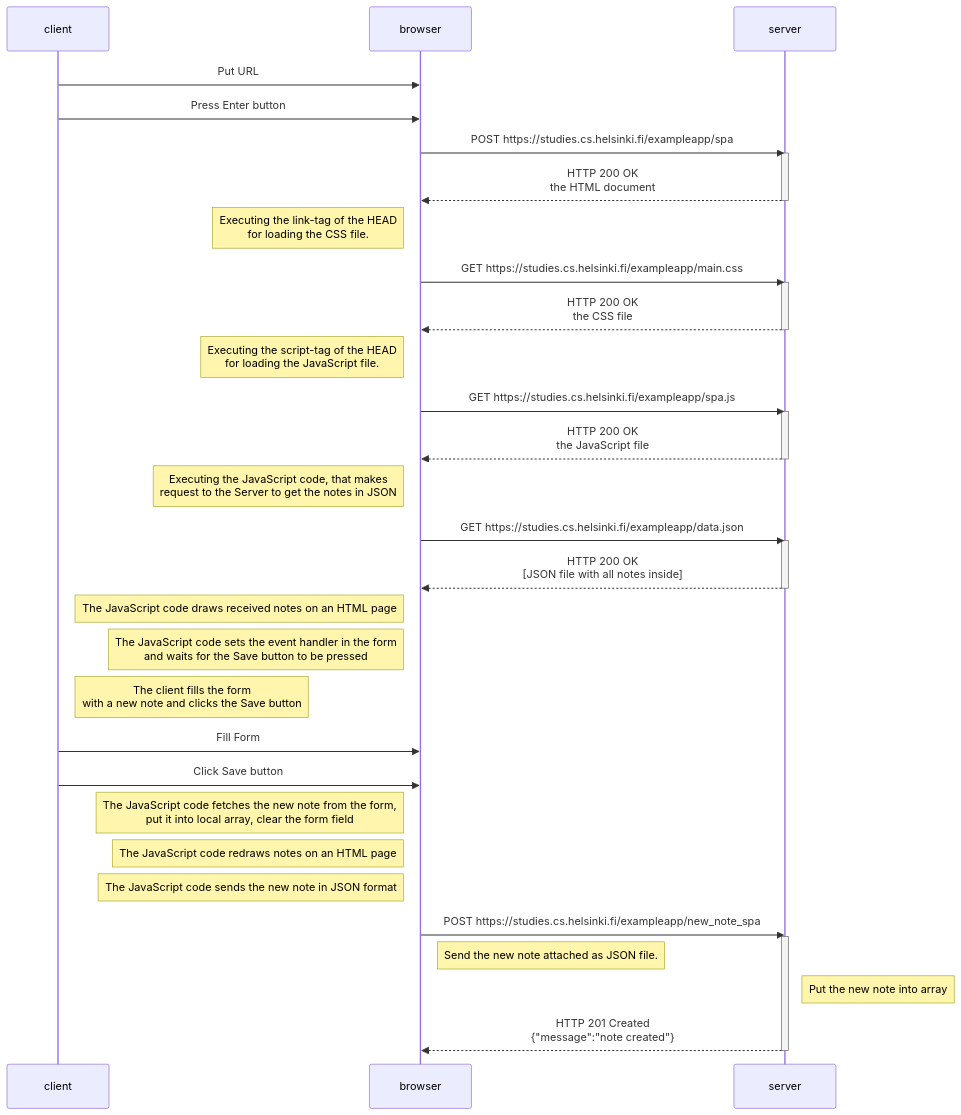
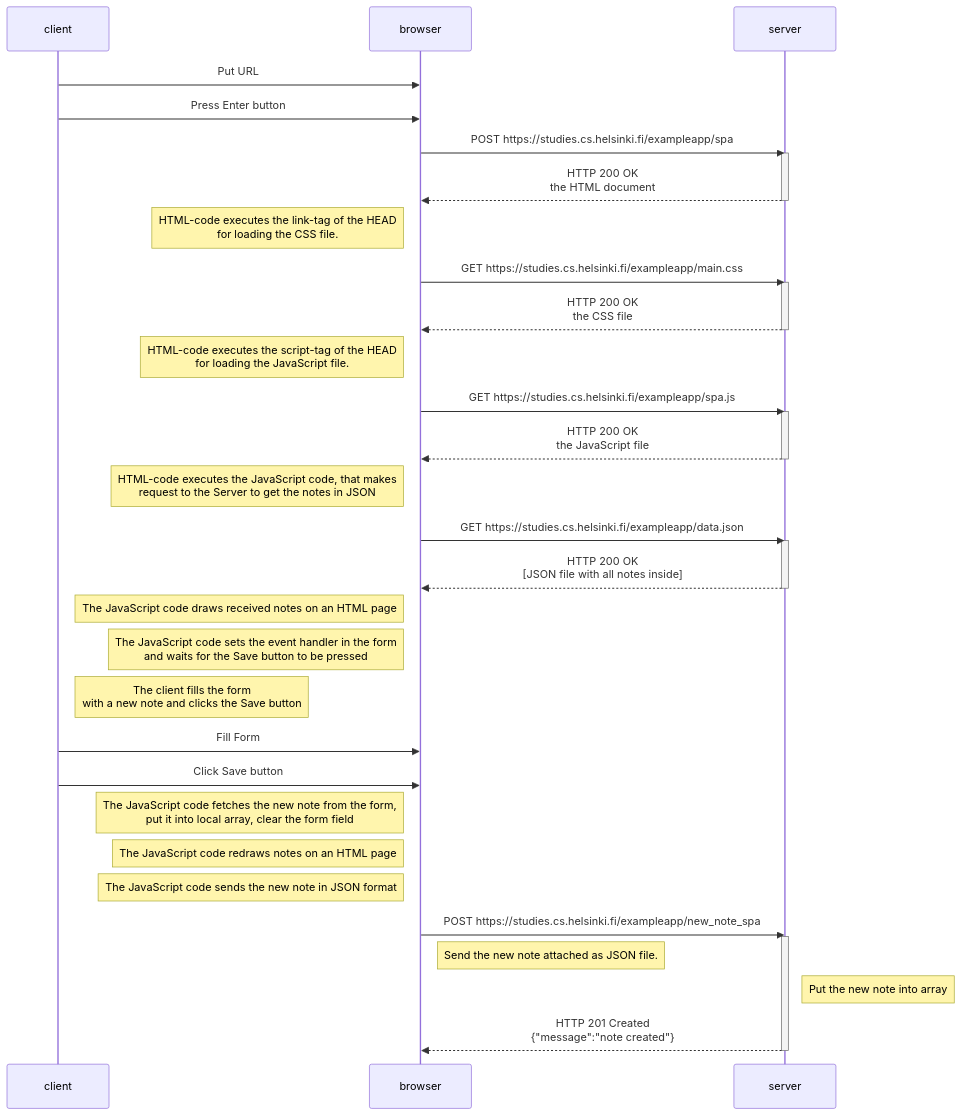
Before and after one commit to VadimZubchenko/fullstack-open-tehtavat: the diagram in osa0/Single_Page_App/README.md, drawn with Mermaid.

````diff
--- a/osa0/Single_Page_App/README.md
+++ b/osa0/Single_Page_App/README.md
@@ -1,48 +1,48 @@
 ```mermaid
 sequenceDiagram
     participant client
     participant browser
     participant server
     
     client->>browser: Put URL 
     client->>browser: Press Enter button
     browser->>server: POST https://studies.cs.helsinki.fi/exampleapp/spa
     activate server
     server-->>browser: HTTP 200 OK<br/>the HTML document
     deactivate server
 
-    Note left of browser: Executing the link-tag of the HEAD<br/>for loading the CSS file.
+    Note left of browser: HTML-code executes the link-tag of the HEAD<br/>for loading the CSS file.
     browser->>server: GET https://studies.cs.helsinki.fi/exampleapp/main.css
     activate server
     server-->>browser: HTTP 200 OK<br/>the CSS file
     deactivate server
 
-    Note left of browser: Executing the script-tag of the HEAD<br/>for loading the JavaScript file.
+    Note left of browser: HTML-code executes the script-tag of the HEAD<br/>for loading the JavaScript file.
     browser->>server: GET https://studies.cs.helsinki.fi/exampleapp/spa.js
     activate server
     server-->>browser: HTTP 200 OK<br/>the JavaScript file
     deactivate server
 
-    Note left of browser: Executing the JavaScript code, that makes<br/>request to the Server to get the notes in JSON 
+    Note left of browser: HTML-code executes the JavaScript code, that makes<br/>request to the Server to get the notes in JSON 
     browser->>server: GET https://studies.cs.helsinki.fi/exampleapp/data.json
     activate server
     server-->>browser: HTTP 200 OK<br/>[JSON file with all notes inside]
     deactivate server
 
     Note left of browser: The JavaScript code draws received notes on an HTML page 
     Note left of browser: The JavaScript code sets the event handler in the form<br/>and waits for the Save button to be pressed 
     Note right of client: The client fills the form<br/>with a new note and clicks the Save button 
     
     client->>browser: Fill Form
     client->>browser: Click Save button
     Note left of browser: The JavaScript code fetches the new note from the form,<br/>put it into local array, clear the form field
     Note left of browser: The JavaScript code redraws notes on an HTML page 
     Note left of browser: The JavaScript code sends the new note in JSON format
     browser->>server: POST https://studies.cs.helsinki.fi/exampleapp/new_note_spa
     activate server
     Note right of browser: Send the new note attached as JSON file.
     Note right of server: Put the new note into array
     server-->>browser: HTTP 201 Created<br/>{"message":"note created"}
     deactivate server    
 
 ```
````
